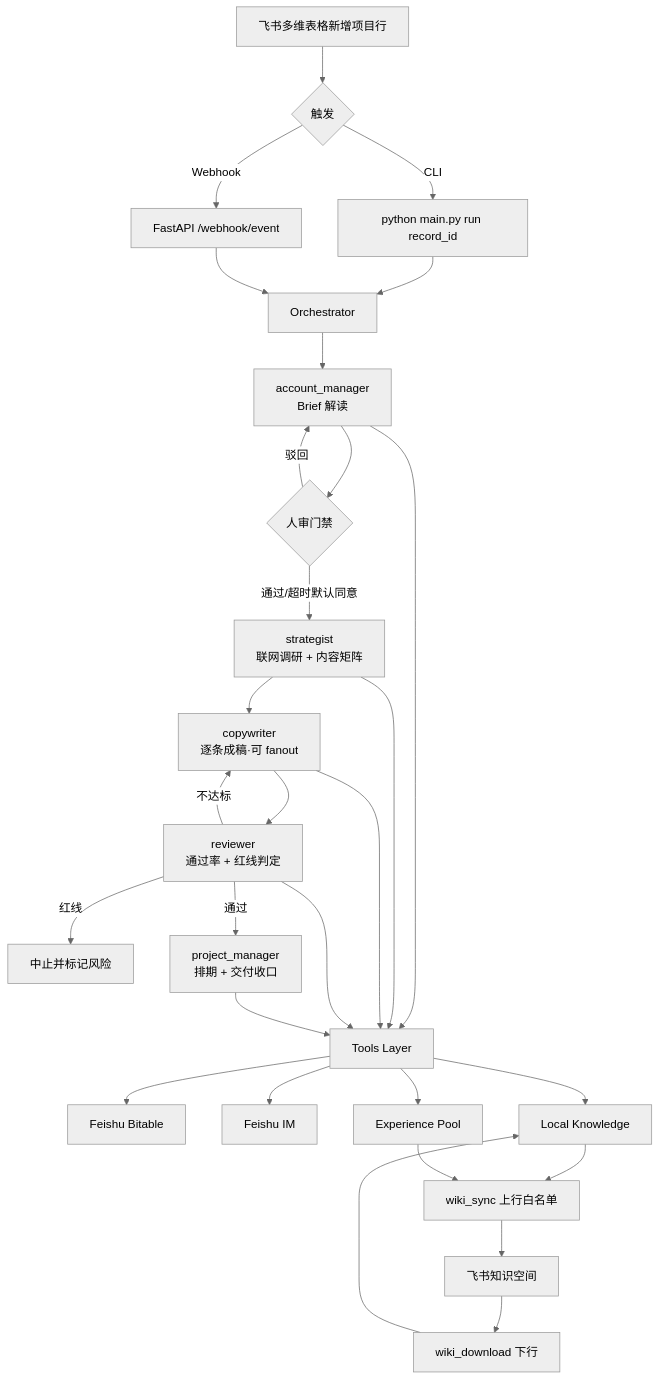
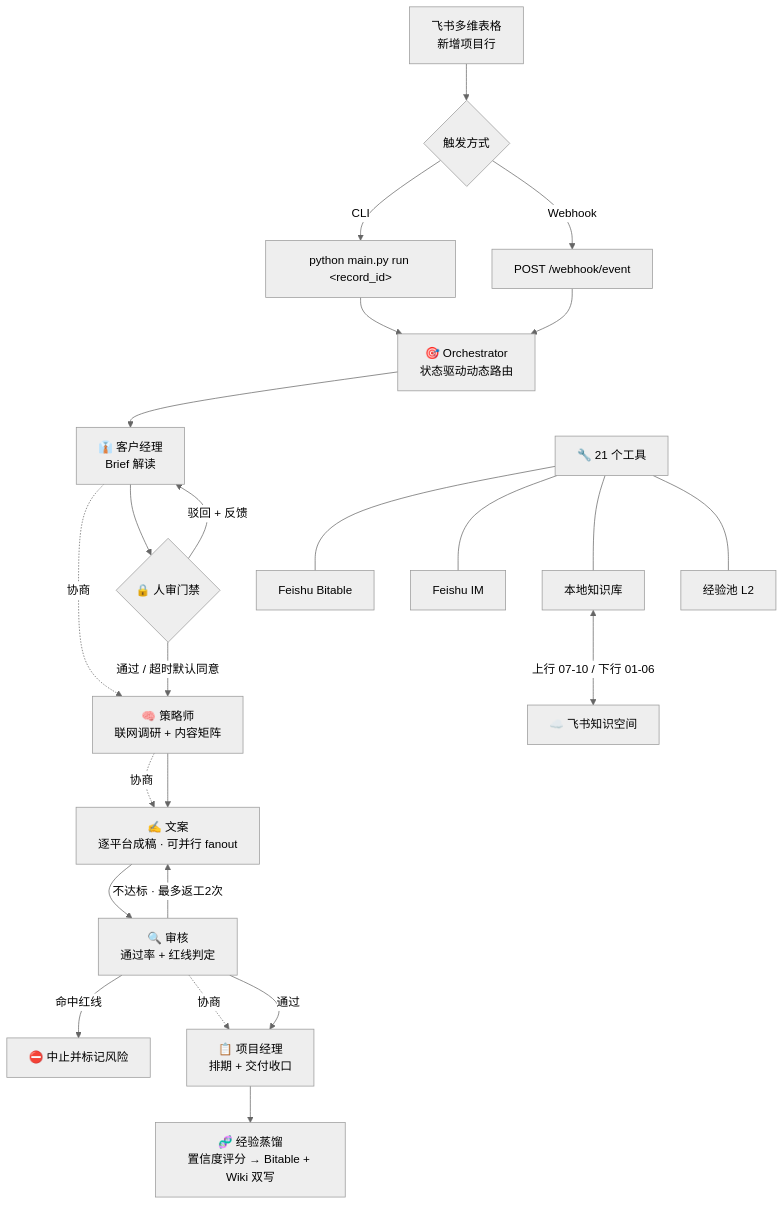
The diagram in README.md (Concentration-point/feishu-multi-agent), drawn with Mermaid (neutral theme) before and after one commit. The commit also changed other lines of this file, not shown here.

````diff
--- a/README.md
+++ b/README.md
@@ -47,31 +55,33 @@
 ```mermaid
 flowchart TD
-    A[飞书多维表格新增项目行] --> B{触发}
-    B -->|CLI| C[python main.py run record_id]
-    B -->|Webhook| D[FastAPI /webhook/event]
+    A[飞书多维表格<br/>新增项目行] --> B{触发方式}
+    B -->|CLI| C["python main.py run &lt;record_id&gt;"]
+    B -->|Webhook| D["POST /webhook/event"]
 
-    C --> E[Orchestrator]
+    C --> E["🎯 Orchestrator<br/>状态驱动动态路由"]
     D --> E
 
-    E --> F1[account_manager<br/>Brief 解读]
-    F1 --> G1{人审门禁}
-    G1 -->|通过/超时默认同意| F2
-    G1 -->|驳回| F1
-    F2[strategist<br/>联网调研 + 内容矩阵] --> F3[copywriter<br/>逐条成稿·可 fanout]
-    F3 --> F4[reviewer<br/>通过率 + 红线判定]
-    F4 -->|不达标| F3
-    F4 -->|红线| X[中止并标记风险]
-    F4 -->|通过| F5[project_manager<br/>排期 + 交付收口]
+    E --> F1["👔 客户经理<br/>Brief 解读"]
+    F1 -.->|协商| F2
+    F1 --> G1{"🔒 人审门禁"}
+    G1 -->|通过 / 超时默认同意| F2
+    G1 -->|驳回 + 反馈| F1
 
-    F1 & F2 & F3 & F4 & F5 --> T[Tools Layer]
-    T --> B1[Feishu Bitable]
-    T --> B2[Feishu IM]
-    T --> B3[Local Knowledge]
-    T --> B4[Experience Pool]
+    F2["🧠 策略师<br/>联网调研 + 内容矩阵"] -.->|协商| F3
+    F2 --> F3["✍️ 文案<br/>逐平台成稿 · 可并行 fanout"]
+    F3 --> F4["🔍 审核<br/>通过率 + 红线判定"]
+    F4 -->|不达标 · 最多返工2次| F3
+    F4 -->|命中红线| X["⛔ 中止并标记风险"]
+    F4 -.->|协商| F5
+    F4 -->|通过| F5["📋 项目经理<br/>排期 + 交付收口"]
 
-    B3 --> S1[wiki_sync 上行白名单]
-    B4 --> S1
-    S1 --> W[飞书知识空间]
-    W --> S2[wiki_download 下行]
-    S2 --> B3
+    F5 --> H["🧬 经验蒸馏<br/>置信度评分 → Bitable + Wiki 双写"]
+
+    E ~~~ T["🔧 21 个工具"]
+    T --- B1["Feishu Bitable"]
+    T --- B2["Feishu IM"]
+    T --- B3["本地知识库"]
+    T --- B4["经验池 L2"]
+
+    B3 <-->|上行 07-10 / 下行 01-06| W["☁️ 飞书知识空间"]
 ```
````
